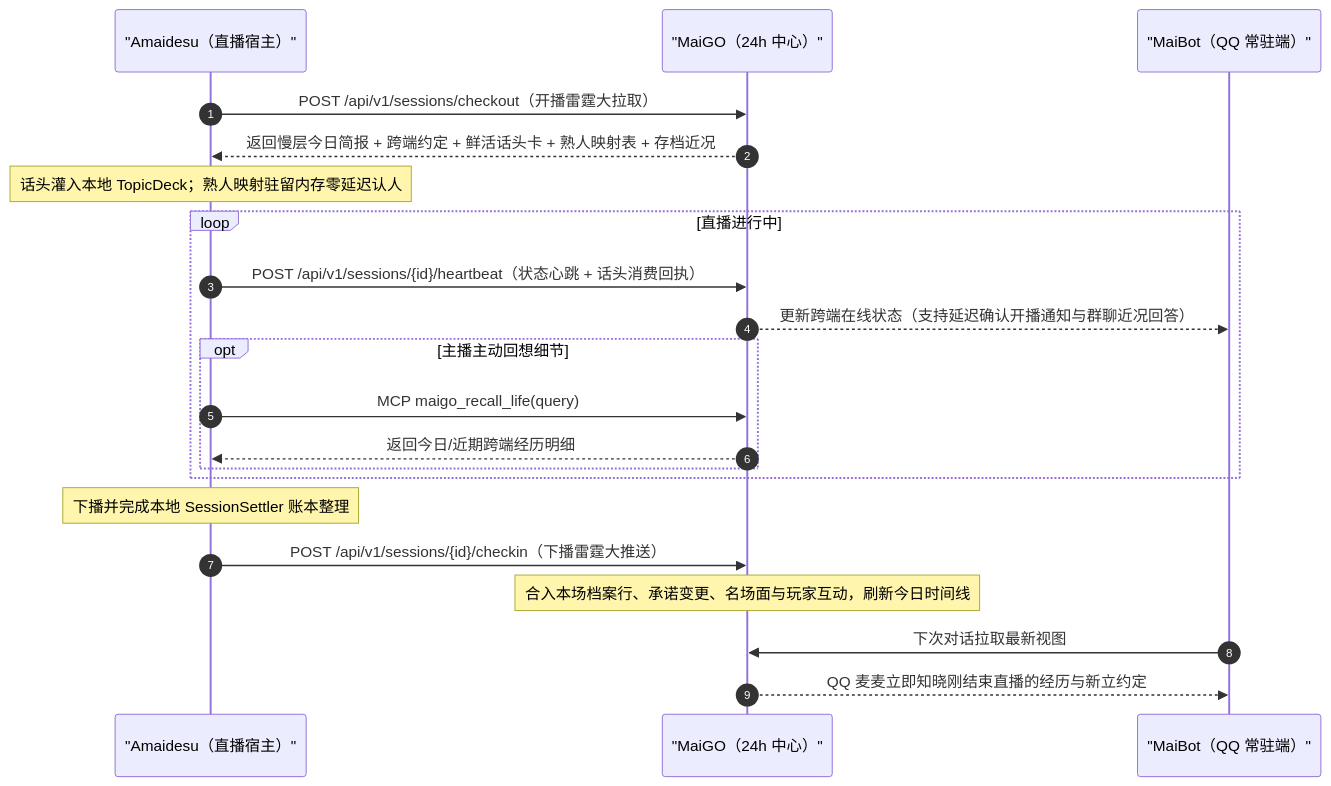
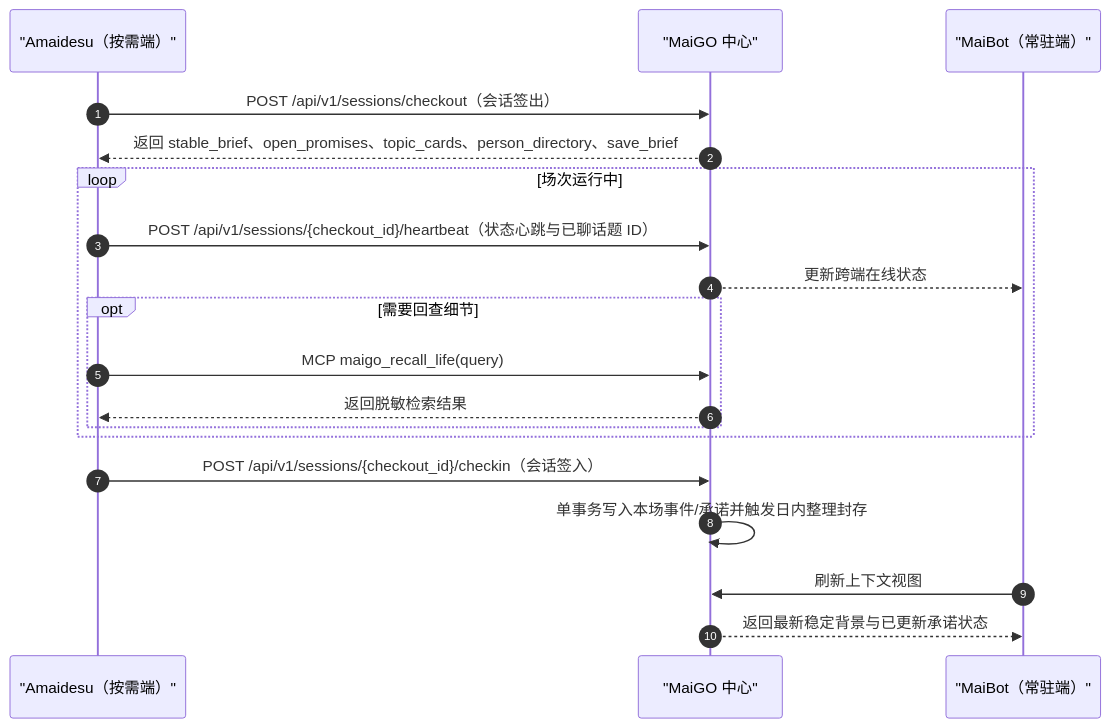
Before and after one commit to LittleSadSheep/MaiGO: the diagram in docs/architecture/protocol.md, drawn with Mermaid. The commit also changed other lines of this file and 4 other files, not shown here.

````diff
--- a/docs/architecture/protocol.md
+++ b/docs/architecture/protocol.md
@@ -79,26 +72,22 @@
 ```mermaid
 sequenceDiagram
     autonumber
-    participant AMA as "Amaidesu（直播宿主）"
-    participant SW as "MaiGO（24h 中心）"
-    participant MB as "MaiBot（QQ 常驻端）"
+    participant AMA as "Amaidesu（按需端）"
+    participant SW as "MaiGO 中心"
+    participant MB as "MaiBot（常驻端）"
 
-    AMA->>SW: POST /api/v1/sessions/checkout（开播雷霆大拉取）
-    SW-->>AMA: 返回慢层今日简报 + 跨端约定 + 鲜活话头卡 + 熟人映射表 + 存档近况
-    Note over AMA: 话头灌入本地 TopicDeck；熟人映射驻留内存零延迟认人
-
-    loop 直播进行中
-        AMA->>SW: POST /api/v1/sessions/{id}/heartbeat（状态心跳 + 话头消费回执）
-        SW-->>MB: 更新跨端在线状态（支持延迟确认开播通知与群聊近况回答）
-        opt 主播主动回想细节
+    AMA->>SW: POST /api/v1/sessions/checkout（会话签出）
+    SW-->>AMA: 返回 stable_brief、open_promises、topic_cards、person_directory、save_brief
+    loop 场次运行中
+        AMA->>SW: POST /api/v1/sessions/{checkout_id}/heartbeat（状态心跳与已聊话题 ID）
+        SW-->>MB: 更新跨端在线状态
+        opt 需要回查细节
             AMA->>SW: MCP maigo_recall_life(query)
-            SW-->>AMA: 返回今日/近期跨端经历明细
+            SW-->>AMA: 返回脱敏检索结果
         end
     end
-
-    Note over AMA: 下播并完成本地 SessionSettler 账本整理
-    AMA->>SW: POST /api/v1/sessions/{id}/checkin（下播雷霆大推送）
-    Note over SW: 合入本场档案行、承诺变更、名场面与玩家互动，刷新今日时间线
-    MB->>SW: 下次对话拉取最新视图
-    SW-->>MB: QQ 麦麦立即知晓刚结束直播的经历与新立约定
+    AMA->>SW: POST /api/v1/sessions/{checkout_id}/checkin（会话签入）
+    SW->>SW: 单事务写入本场事件/承诺并触发日内整理封存
+    MB->>SW: 刷新上下文视图
+    SW-->>MB: 返回最新稳定背景与已更新承诺状态
 ```
````
